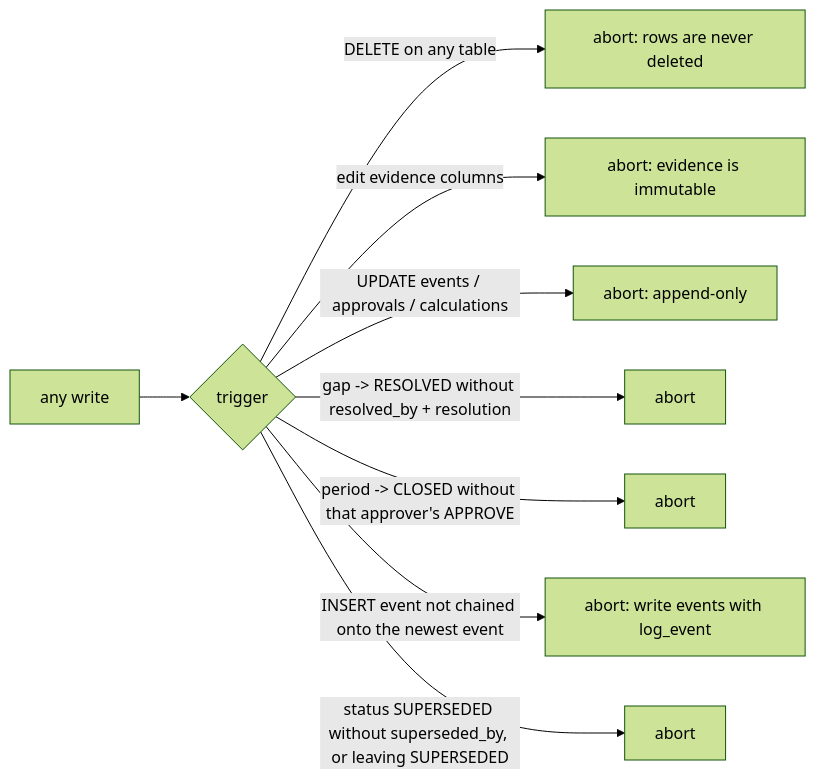
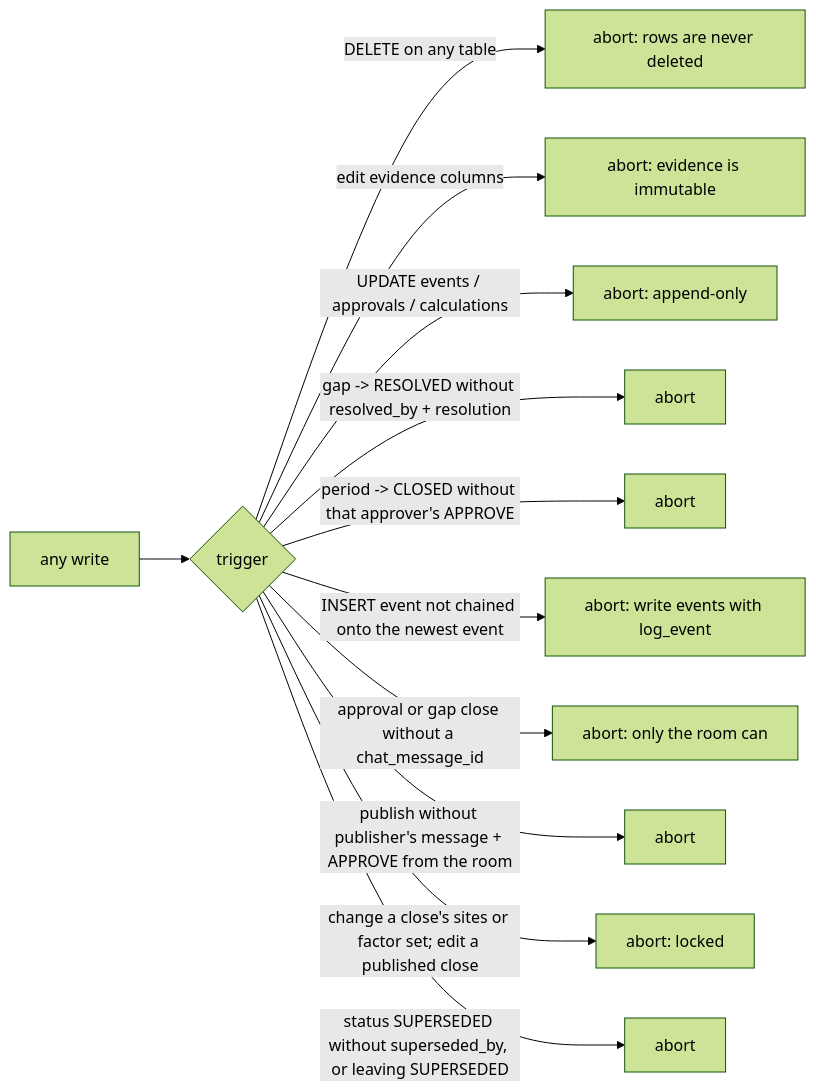
Before and after one commit to HodeX7/Audit.CO2: the first of 2 diagrams in docs/features/ledger.md, drawn with Mermaid (forest theme). The commit also changed other lines of this file and 15 other files, not shown here.

First line of the commit message:
feat(ledger): add close lifecycle and room gates

````diff
--- a/docs/features/ledger.md
+++ b/docs/features/ledger.md
@@ -48,11 +49,14 @@
 ```mermaid
 flowchart LR
   W[any write] --> T{trigger}
   T -->|DELETE on any table| X1[abort: rows are never deleted]
   T -->|edit evidence columns| X2[abort: evidence is immutable]
   T -->|UPDATE events / approvals / calculations| X3[abort: append-only]
   T -->|gap -> RESOLVED without resolved_by + resolution| X4[abort]
   T -->|period -> CLOSED without that approver's APPROVE| X5[abort]
   T -->|INSERT event not chained onto the newest event| X7[abort: write events with log_event]
+  T -->|approval or gap close without a chat_message_id| X8[abort: only the room can]
+  T -->|publish without publisher's message + APPROVE from the room| X9[abort]
+  T -->|change a close's sites or factor set; edit a published close| X10[abort: locked]
   T -->|status SUPERSEDED without superseded_by, or leaving SUPERSEDED| X6[abort]
 ```
````
